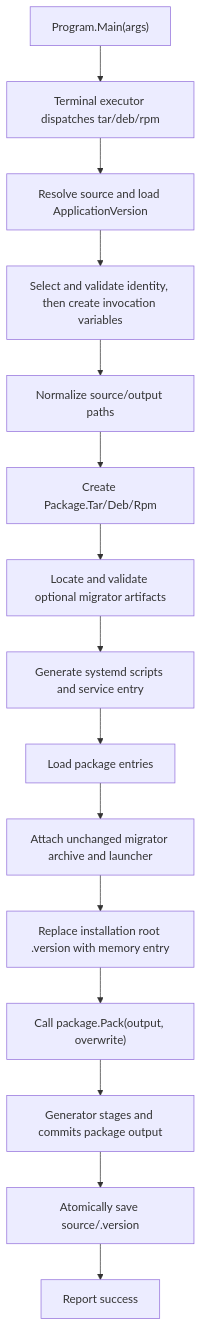
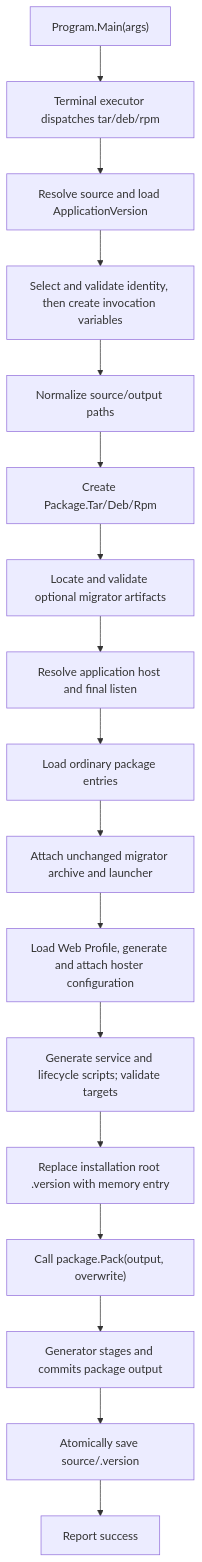
One commit to Zongsoft/tools changed the diagram in packager/docs/implementation.md. Above: the diagram before and after it, drawn with Mermaid. The commit also changed other lines of this file and 44 other files, not shown here.

````diff
--- a/packager/docs/implementation.md
+++ b/packager/docs/implementation.md
@@ -63,17 +67,19 @@
 ```mermaid
 flowchart TD
     A["Program.Main(args)"] --> B["Terminal executor dispatches tar/deb/rpm"]
     B --> C["Resolve source and load ApplicationVersion"]
     C --> D["Select and validate identity, then create invocation variables"]
     D --> E["Normalize source/output paths"]
     E --> F["Create Package.Tar/Deb/Rpm"]
     F --> M["Locate and validate optional migrator artifacts"]
-    M --> G["Generate systemd scripts and service entry"]
-    G --> H["Load package entries"]
+    M --> G["Resolve application host and final listen"]
+    G --> H["Load ordinary package entries"]
     H --> N["Attach unchanged migrator archive and launcher"]
-    N --> V["Replace installation root .version with memory entry"]
+    N --> W["Load Web Profile, generate and attach hoster configuration"]
+    W --> L["Generate service and lifecycle scripts; validate targets"]
+    L --> V["Replace installation root .version with memory entry"]
     V --> I["Call package.Pack(output, overwrite)"]
     I --> J["Generator stages and commits package output"]
     J --> S["Atomically save source/.version"]
     S --> OK["Report success"]
 ```
````
